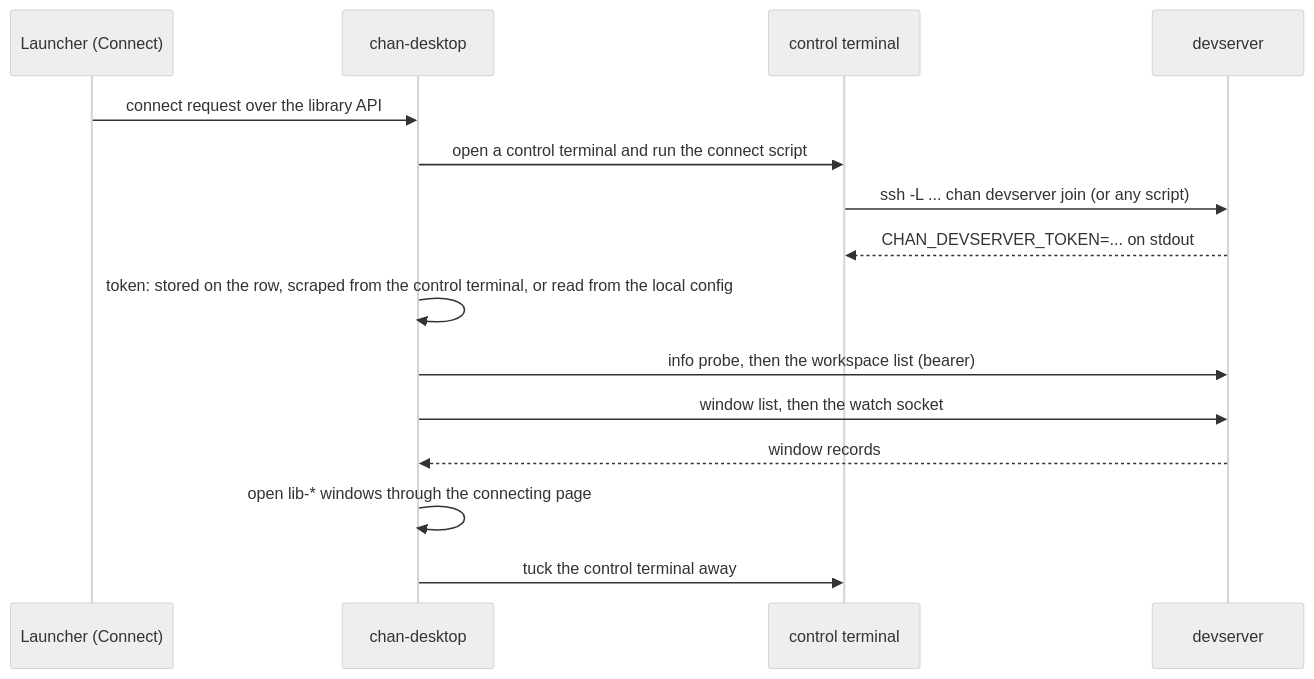
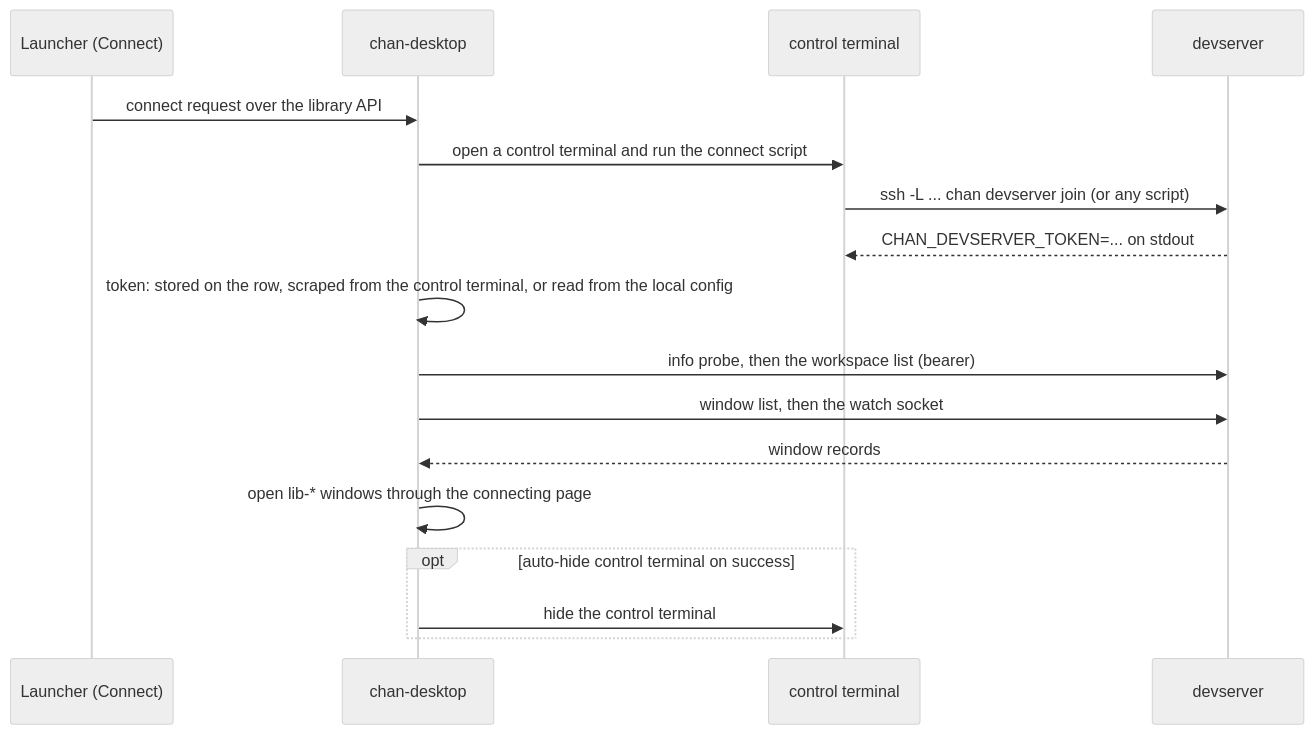
One commit to fiorix/chan changed the fourth of 4 diagrams in desktop/design.md. Above: the diagram before and after it, drawn with Mermaid (neutral theme). The commit also changed other lines of this file and 3 other files, not shown here.

````diff
--- a/desktop/design.md
+++ b/desktop/design.md
@@ -192,17 +192,19 @@
 ```mermaid
 sequenceDiagram
   participant L as Launcher (Connect)
   participant D as chan-desktop
   participant C as control terminal
   participant S as devserver
   L->>D: connect request over the library API
   D->>C: open a control terminal and run the connect script
   C->>S: ssh -L ... chan devserver join (or any script)
   S-->>C: CHAN_DEVSERVER_TOKEN=... on stdout
   D->>D: token: stored on the row, scraped from the control terminal, or read from the local config
   D->>S: info probe, then the workspace list (bearer)
   D->>S: window list, then the watch socket
   S-->>D: window records
   D->>D: open lib-* windows through the connecting page
-  D->>C: tuck the control terminal away
+  opt auto-hide control terminal on success
+    D->>C: hide the control terminal
+  end
 ```
````
